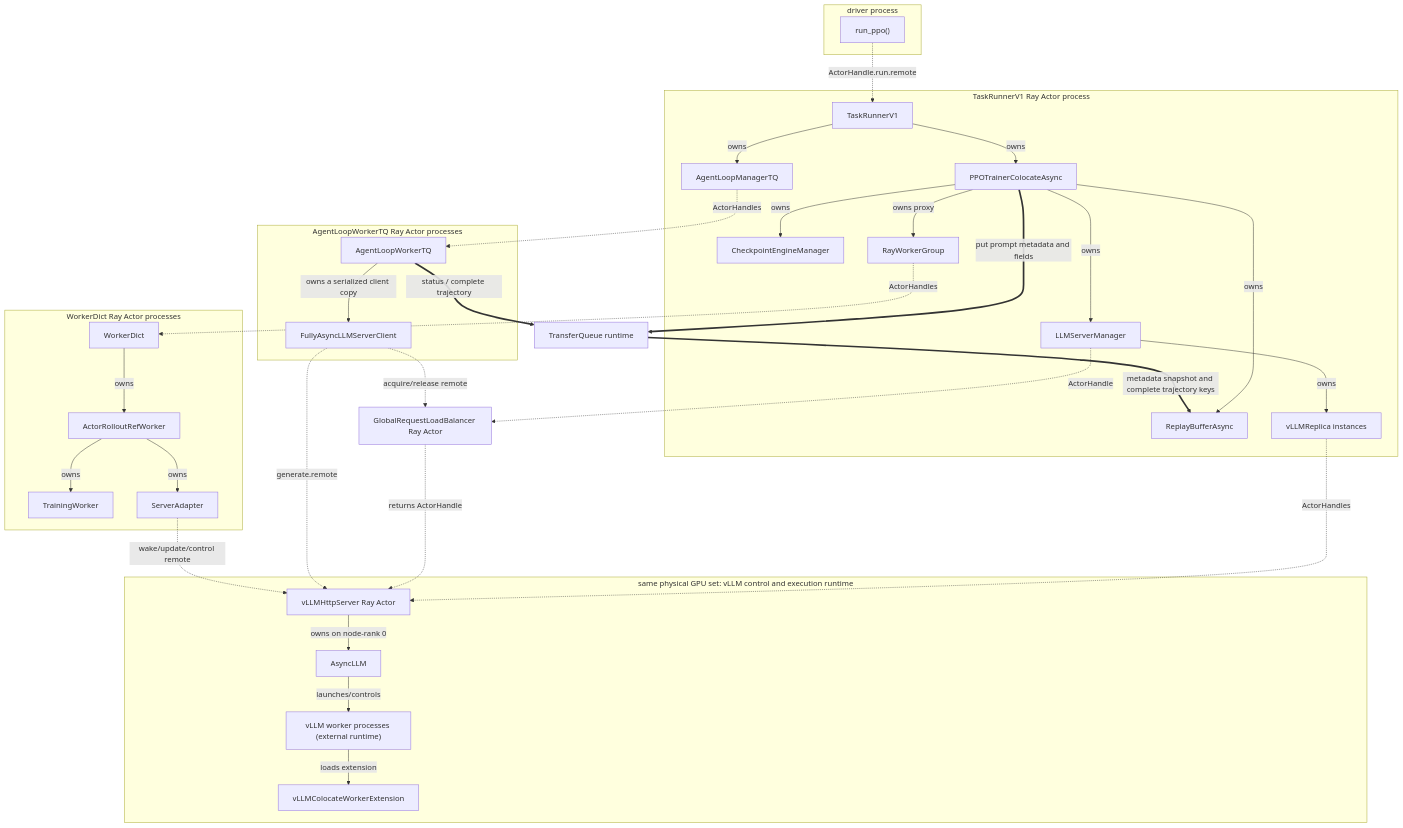
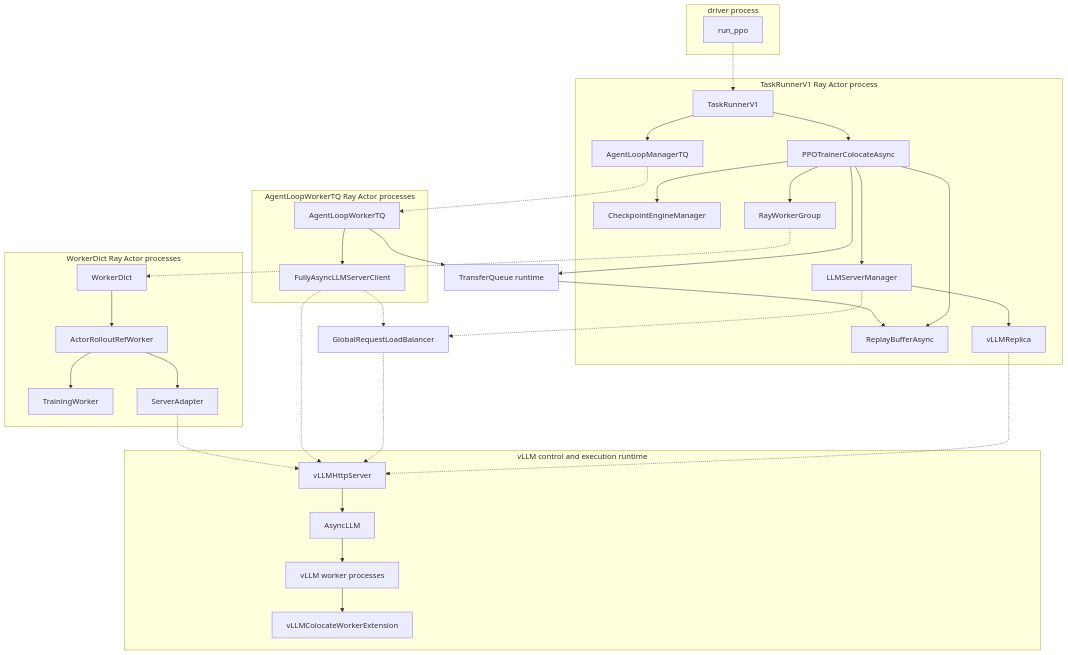
One commit to niuypei/multi_task_verl changed the first of 7 diagrams in multi_task_scheduler/references/15-verl-v0.9-hybrid-colocate-async-partial-rollout-interrupt-resume.md. Above: the diagram before and after it, drawn with Mermaid. The commit also changed other lines of this file and 1 other file, not shown here.

Commit message:
docs: fix partial rollout diagrams and resume analysis

````diff
--- a/multi_task_scheduler/references/15-verl-v0.9-hybrid-colocate-async-partial-rollout-interrupt-resume.md
+++ b/multi_task_scheduler/references/15-verl-v0.9-hybrid-colocate-async-partial-rollout-interrupt-resume.md
@@ -143,67 +146,67 @@
 ```mermaid
 flowchart TB
     subgraph DriverProcess["driver process"]
-        run_ppo["run_ppo()"]
+        RunPPO["run_ppo"]
     end
 
     subgraph TaskRunnerV1Process["TaskRunnerV1 Ray Actor process"]
         TaskRunnerV1["TaskRunnerV1"]
         PPOTrainerColocateAsync["PPOTrainerColocateAsync"]
         ReplayBufferAsync["ReplayBufferAsync"]
         AgentLoopManagerTQ["AgentLoopManagerTQ"]
         LLMServerManager["LLMServerManager"]
         CheckpointEngineManager["CheckpointEngineManager"]
         RayWorkerGroup["RayWorkerGroup"]
-        vLLMReplica["vLLMReplica instances"]
+        vLLMReplica["vLLMReplica"]
     end
 
     subgraph AgentLoopActorProcesses["AgentLoopWorkerTQ Ray Actor processes"]
         AgentLoopWorkerTQ["AgentLoopWorkerTQ"]
         FullyAsyncLLMServerClient["FullyAsyncLLMServerClient"]
     end
 
-    GlobalRequestLoadBalancer["GlobalRequestLoadBalancer Ray Actor"]
+    GlobalRequestLoadBalancer["GlobalRequestLoadBalancer"]
 
     subgraph WorkerDictActorProcesses["WorkerDict Ray Actor processes"]
         WorkerDict["WorkerDict"]
         ActorRolloutRefWorker["ActorRolloutRefWorker"]
         TrainingWorker["TrainingWorker"]
         ServerAdapter["ServerAdapter"]
     end
 
-    subgraph InferenceRuntime["same physical GPU set: vLLM control and execution runtime"]
-        vLLMHttpServer["vLLMHttpServer Ray Actor"]
+    subgraph InferenceRuntime["vLLM control and execution runtime"]
+        vLLMHttpServer["vLLMHttpServer"]
         AsyncLLM["AsyncLLM"]
-        vLLMWorkerProcesses["vLLM worker processes (external runtime)"]
+        vLLMWorkerProcesses["vLLM worker processes"]
         vLLMColocateWorkerExtension["vLLMColocateWorkerExtension"]
     end
 
-    transfer_queue["TransferQueue runtime"]
+    TransferQueueRuntime["TransferQueue runtime"]
 
-    run_ppo -.->|"ActorHandle.run.remote"| TaskRunnerV1
-    TaskRunnerV1 -->|"owns"| PPOTrainerColocateAsync
-    TaskRunnerV1 -->|"owns"| AgentLoopManagerTQ
-    PPOTrainerColocateAsync -->|"owns"| ReplayBufferAsync
-    PPOTrainerColocateAsync -->|"owns"| LLMServerManager
-    PPOTrainerColocateAsync -->|"owns"| CheckpointEngineManager
-    PPOTrainerColocateAsync -->|"owns proxy"| RayWorkerGroup
-    LLMServerManager -->|"owns"| vLLMReplica
-    LLMServerManager -.->|"ActorHandle"| GlobalRequestLoadBalancer
-    vLLMReplica -.->|"ActorHandles"| vLLMHttpServer
-    RayWorkerGroup -.->|"ActorHandles"| WorkerDict
-    WorkerDict -->|"owns"| ActorRolloutRefWorker
-    ActorRolloutRefWorker -->|"owns"| TrainingWorker
-    ActorRolloutRefWorker -->|"owns"| ServerAdapter
-    AgentLoopManagerTQ -.->|"ActorHandles"| AgentLoopWorkerTQ
-    AgentLoopWorkerTQ -->|"owns a serialized client copy"| FullyAsyncLLMServerClient
-    FullyAsyncLLMServerClient -.->|"acquire/release remote"| GlobalRequestLoadBalancer
-    GlobalRequestLoadBalancer -.->|"returns ActorHandle"| vLLMHttpServer
-    FullyAsyncLLMServerClient -.->|"generate.remote"| vLLMHttpServer
-    ServerAdapter -.->|"wake/update/control remote"| vLLMHttpServer
-    vLLMHttpServer -->|"owns on node-rank 0"| AsyncLLM
-    AsyncLLM -->|"launches/controls"| vLLMWorkerProcesses
-    vLLMWorkerProcesses -->|"loads extension"| vLLMColocateWorkerExtension
-    PPOTrainerColocateAsync ==>|"put prompt metadata and fields"| transfer_queue
-    AgentLoopWorkerTQ ==>|"status / complete trajectory"| transfer_queue
-    transfer_queue ==>|"metadata snapshot and complete trajectory keys"| ReplayBufferAsync
+    RunPPO -.-> TaskRunnerV1
+    TaskRunnerV1 --> PPOTrainerColocateAsync
+    TaskRunnerV1 --> AgentLoopManagerTQ
+    PPOTrainerColocateAsync --> ReplayBufferAsync
+    PPOTrainerColocateAsync --> LLMServerManager
+    PPOTrainerColocateAsync --> CheckpointEngineManager
+    PPOTrainerColocateAsync --> RayWorkerGroup
+    LLMServerManager --> vLLMReplica
+    LLMServerManager -.-> GlobalRequestLoadBalancer
+    vLLMReplica -.-> vLLMHttpServer
+    RayWorkerGroup -.-> WorkerDict
+    WorkerDict --> ActorRolloutRefWorker
+    ActorRolloutRefWorker --> TrainingWorker
+    ActorRolloutRefWorker --> ServerAdapter
+    AgentLoopManagerTQ -.-> AgentLoopWorkerTQ
+    AgentLoopWorkerTQ --> FullyAsyncLLMServerClient
+    FullyAsyncLLMServerClient -.-> GlobalRequestLoadBalancer
+    GlobalRequestLoadBalancer -.-> vLLMHttpServer
+    FullyAsyncLLMServerClient -.-> vLLMHttpServer
+    ServerAdapter -.-> vLLMHttpServer
+    vLLMHttpServer --> AsyncLLM
+    AsyncLLM --> vLLMWorkerProcesses
+    vLLMWorkerProcesses --> vLLMColocateWorkerExtension
+    PPOTrainerColocateAsync --> TransferQueueRuntime
+    AgentLoopWorkerTQ --> TransferQueueRuntime
+    TransferQueueRuntime --> ReplayBufferAsync
 ```
````
